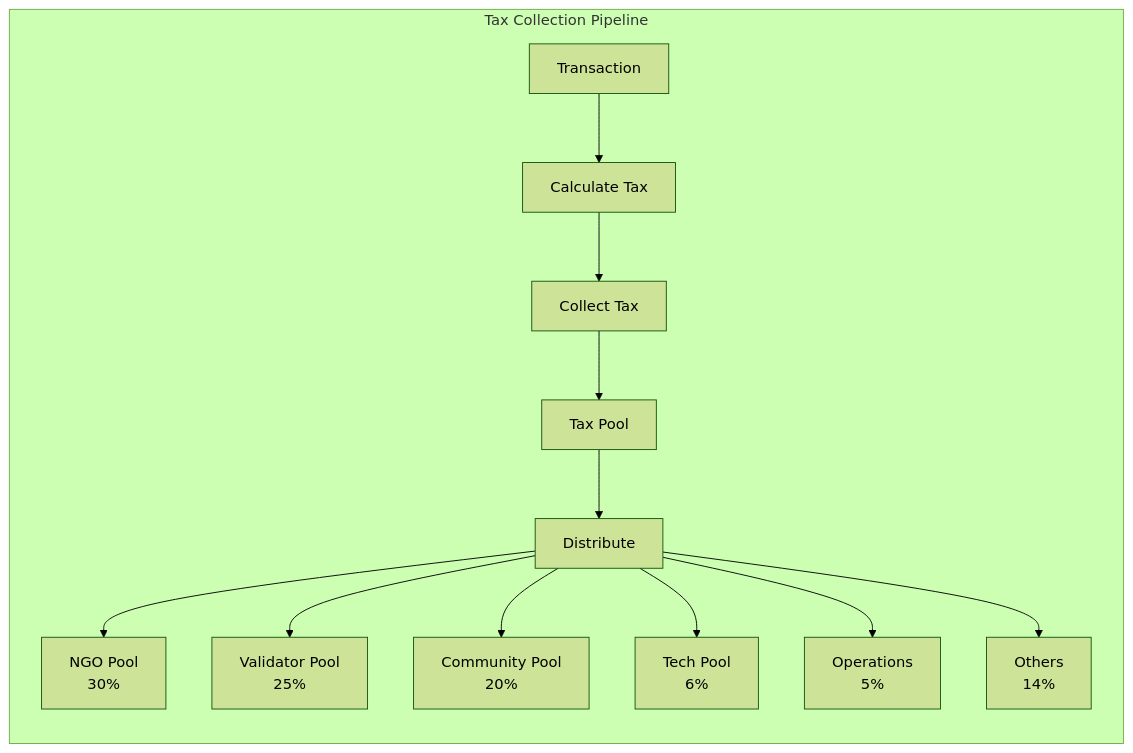
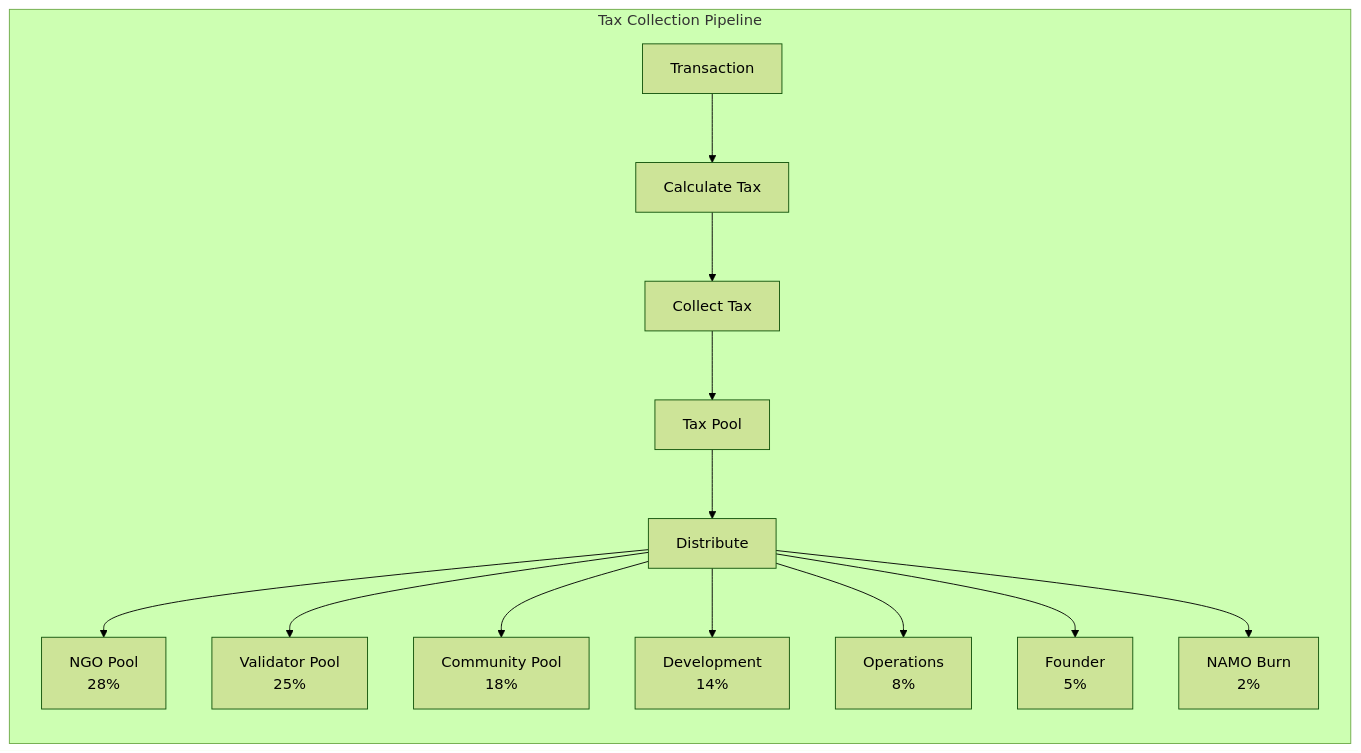
One commit to DeshChain/DeshChain-Ecosystem changed the seventh of 9 diagrams in docs/modules/TAX_MODULE.md. Above: the diagram before and after it, drawn with Mermaid (forest theme). The commit also changed other lines of this file and 32 other files, not shown here.

````diff
--- a/docs/modules/TAX_MODULE.md
+++ b/docs/modules/TAX_MODULE.md
@@ -189,16 +195,17 @@
 ```mermaid
 graph LR
     subgraph "Tax Collection Pipeline"
         TX[Transaction] --> CALC[Calculate Tax]
         CALC --> COLLECT[Collect Tax]
         COLLECT --> POOL[Tax Pool]
         POOL --> DIST[Distribute]
         
-        DIST --> NGO[NGO Pool<br/>30%]
+        DIST --> NGO[NGO Pool<br/>28%]
         DIST --> VAL[Validator Pool<br/>25%]
-        DIST --> COM[Community Pool<br/>20%]
-        DIST --> TECH[Tech Pool<br/>6%]
-        DIST --> OPS[Operations<br/>5%]
-        DIST --> OTHER[Others<br/>14%]
+        DIST --> COM[Community Pool<br/>18%]
+        DIST --> DEV[Development<br/>14%]
+        DIST --> OPS[Operations<br/>8%]
+        DIST --> FOUND[Founder<br/>5%]
+        DIST --> BURN[NAMO Burn<br/>2%]
     end
 ```
````
